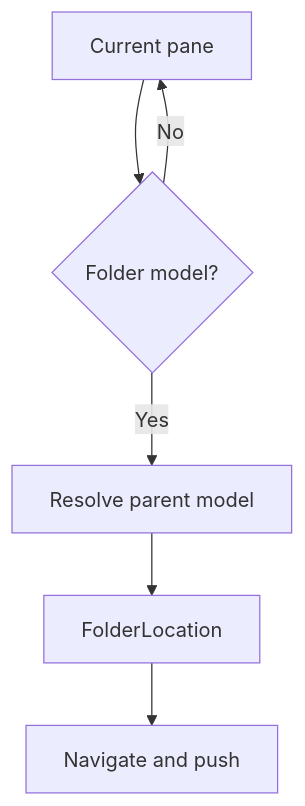
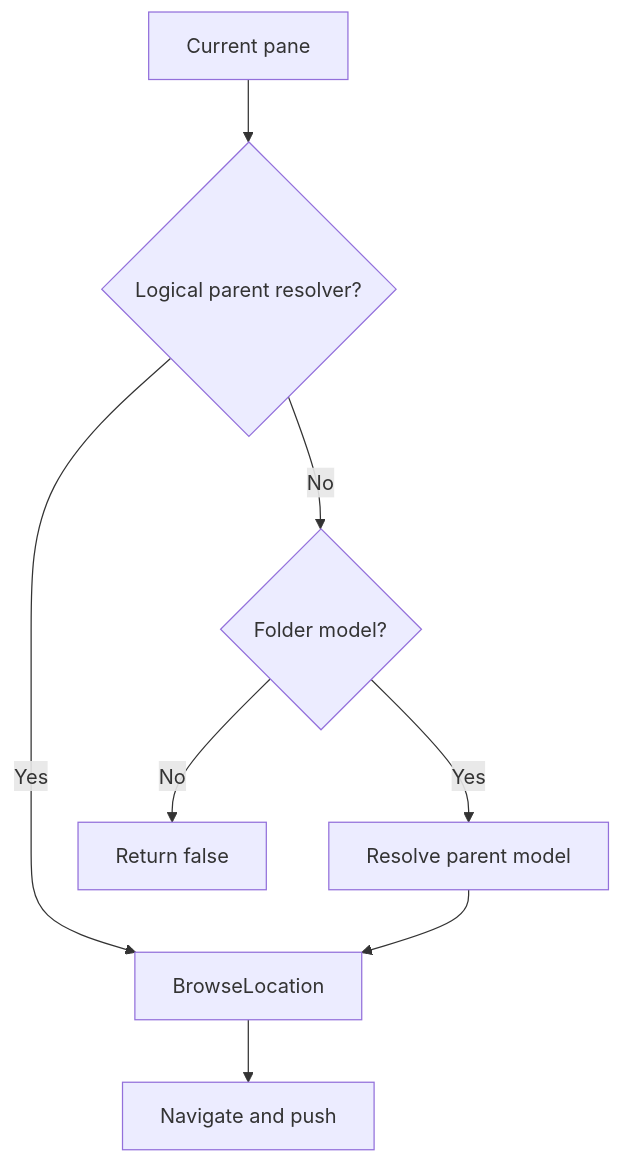
Before and after one commit to 0x5bfa/Files: the third of 4 diagrams in docs/architecture/app-models.md, drawn with Mermaid. The commit also changed other lines of this file and 51 other files, not shown here.

````diff
--- a/docs/architecture/app-models.md
+++ b/docs/architecture/app-models.md
@@ -105,14 +113,18 @@
 ```mermaid
 flowchart TD
     Pane["Current pane"]
+    Logical{"Logical parent resolver?"}
     Folder{"Folder model?"}
     Parent["Resolve parent model"]
-    Target["FolderLocation"]
+    Target["BrowseLocation"]
     Navigate["Navigate and push"]
+    Stop["Return false"]
 
-    Pane --> Folder
-    Folder -->|No| Pane
+    Pane --> Logical
+    Logical -->|Yes| Target
+    Logical -->|No| Folder
+    Folder -->|No| Stop
     Folder -->|Yes| Parent
     Parent --> Target
     Target --> Navigate
 ```
````
